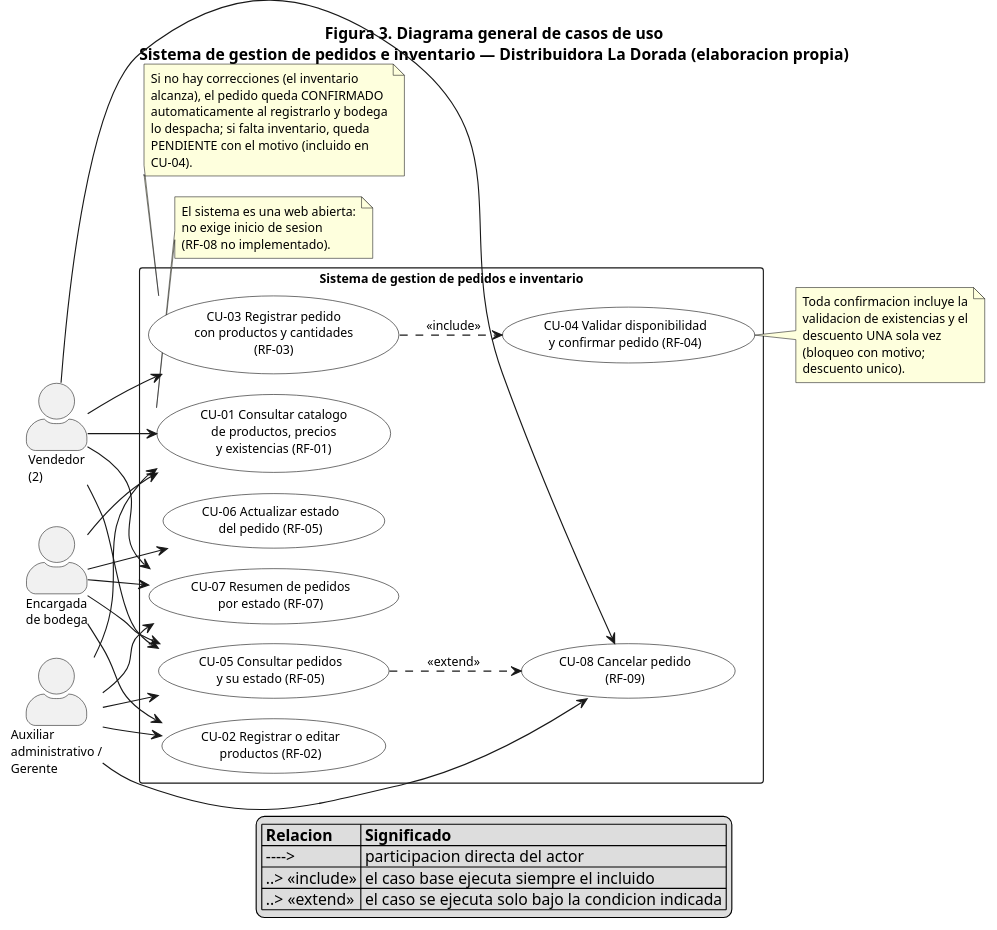
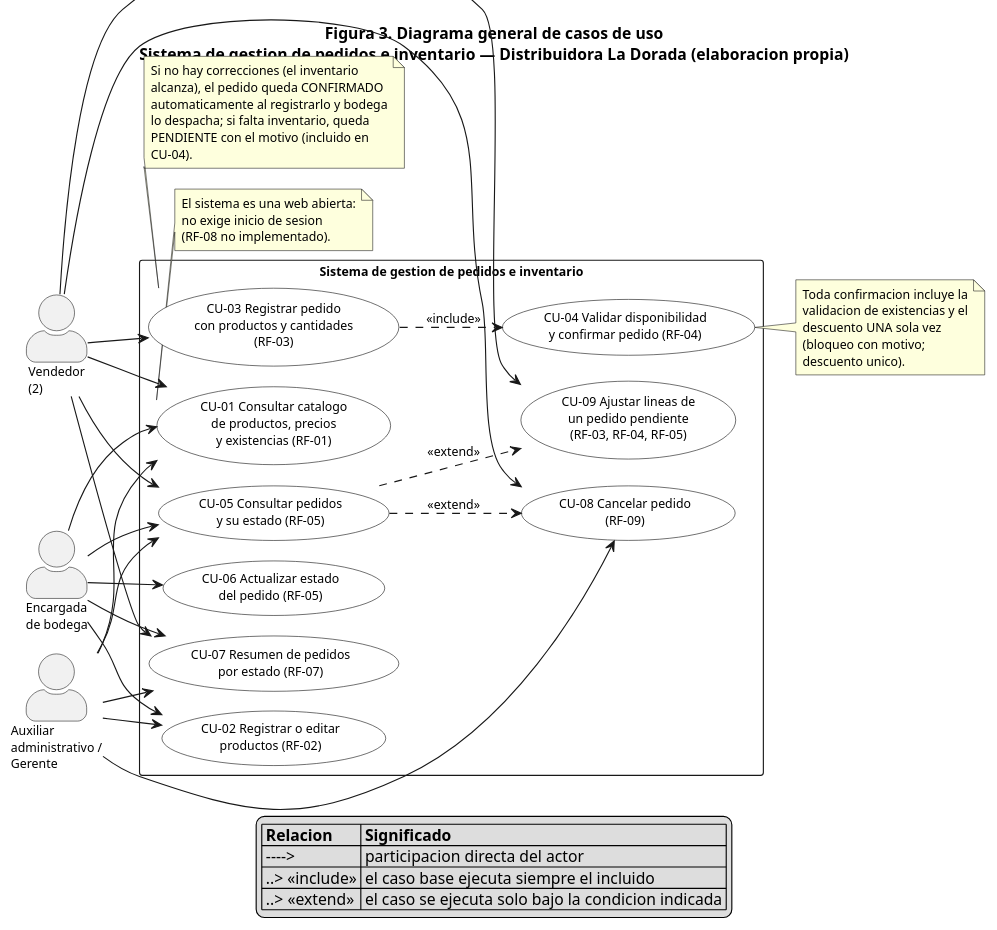
The diagram in docs/diagramas/casos-de-uso.puml (Mr-Felipe/distri_la_dorada), drawn with PlantUML before and after one commit. The commit also changed 12 other files, not shown here.

Commit message:
feat: add editar_pedido RPC and integrate CU-09 across docs and diagrams

```diff
--- a/docs/diagramas/casos-de-uso.puml
+++ b/docs/diagramas/casos-de-uso.puml
@@ -7,80 +7,83 @@
 @startuml
 !pragma layout smetana
 title Figura 3. Diagrama general de casos de uso\nSistema de gestion de pedidos e inventario — Distribuidora La Dorada (elaboracion propia)
 
 skinparam defaultFontName Arial
 skinparam defaultFontSize 11
 skinparam shadowing false
 skinparam packageStyle rectangle
 skinparam actorStyle awesome
 skinparam usecaseBackgroundColor White
 skinparam usecaseBorderColor Black
 
 left to right direction
 
 actor "Vendedor\n(2)" as V
 actor "Encargada\nde bodega" as B
 actor "Auxiliar\nadministrativo /\nGerente" as G
 
 rectangle "Sistema de gestion de pedidos e inventario" {
 
   usecase "CU-01 Consultar catalogo\nde productos, precios\ny existencias (RF-01)" as CU1
   usecase "CU-02 Registrar o editar\nproductos (RF-02)" as CU2
   usecase "CU-03 Registrar pedido\ncon productos y cantidades\n(RF-03)" as CU3
   usecase "CU-04 Validar disponibilidad\ny confirmar pedido (RF-04)" as CU4
   usecase "CU-05 Consultar pedidos\ny su estado (RF-05)" as CU5
   usecase "CU-06 Actualizar estado\ndel pedido (RF-05)" as CU6
   usecase "CU-07 Resumen de pedidos\npor estado (RF-07)" as CU7
   usecase "CU-08 Cancelar pedido\n(RF-09)" as CU8
+  usecase "CU-09 Ajustar lineas de\nun pedido pendiente\n(RF-03, RF-04, RF-05)" as CU9
 }
 
 V --> CU1
 V --> CU3
 V --> CU5
 V --> CU7
 V --> CU8
+V --> CU9
 B --> CU1
 B --> CU2
 B --> CU5
 B --> CU6
 B --> CU7
 G --> CU1
 G --> CU2
 G --> CU5
 G --> CU7
 G --> CU8
 
 CU3 ..> CU4 : <<include>>
 CU5 ..> CU8 : <<extend>>
+CU5 ..> CU9 : <<extend>>
 
 note right of CU4
   Toda confirmacion incluye la
   validacion de existencias y el
   descuento UNA sola vez
   (bloqueo con motivo;
   descuento unico).
 end note
 
 note bottom of CU1
   El sistema es una web abierta:
   no exige inicio de sesion
   (RF-08 no implementado).
 end note
 
 note bottom of CU3
   Si no hay correcciones (el inventario
   alcanza), el pedido queda CONFIRMADO
   automaticamente al registrarlo y bodega
   lo despacha; si falta inventario, queda
   PENDIENTE con el motivo (incluido en
   CU-04).
 end note
 
 legend bottom
   |= Relacion |= Significado |
   | ----> | participacion directa del actor |
   | ..> <<include>> | el caso base ejecuta siempre el incluido |
   | ..> <<extend>> | el caso se ejecuta solo bajo la condicion indicada |
 endlegend
 
 @enduml
```
